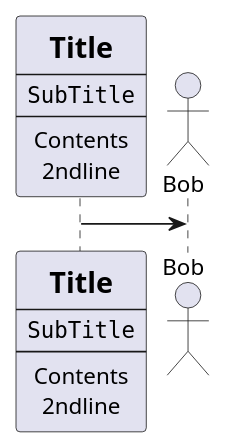
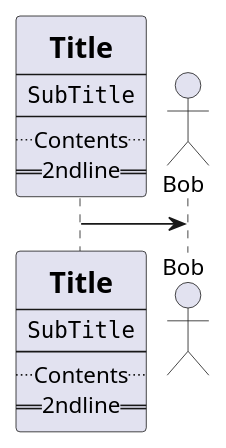
One commit to yasenstar/PlantUML_in_Action changed the diagram in 01_sequence_diagram/01.01-01.10/01_03.plantuml. Above: the diagram before and after it, drawn with PlantUML. The commit also changed 4 other files, not shown here.

```diff
--- a/01_sequence_diagram/01.01-01.10/01_03.plantuml
+++ b/01_sequence_diagram/01.01-01.10/01_03.plantuml
@@ -4,16 +4,16 @@
 @startuml
 
 participant Participant [
     =Title
     ----
     ""SubTitle""
     ----
-    Contents
-    2ndline
+    ..Contents..
+    ==2ndline==
 ]
 
 actor Bob
 
 Participant -> Bob
 
 @enduml
```
